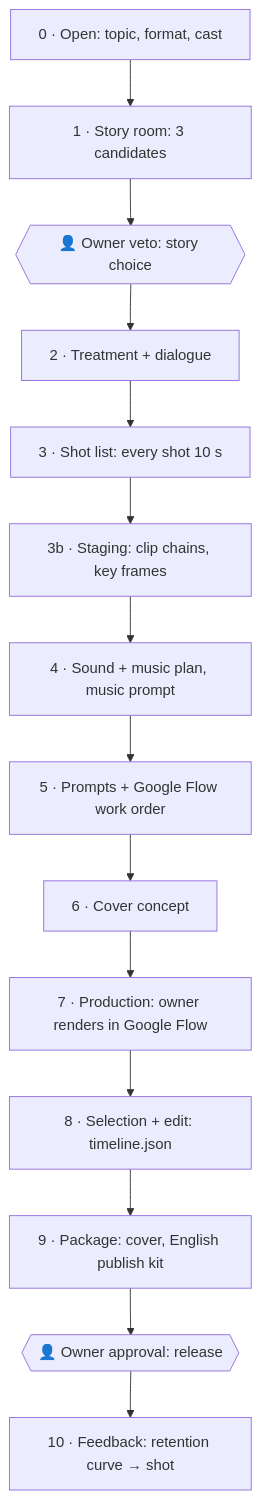
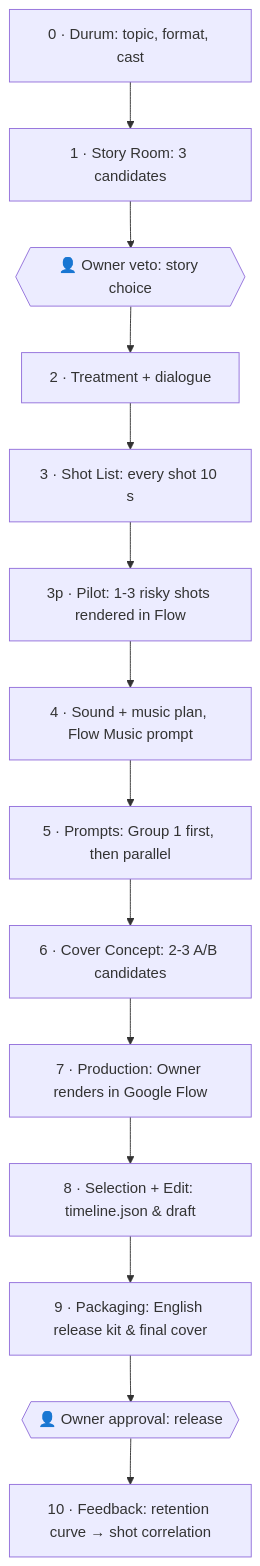
One commit to Burak1320demiroz/film_md changed the first of 4 diagrams in README.md. Above: the diagram before and after it, drawn with Mermaid. The commit also changed other lines of this file and 456 other files, not shown here.

````diff
--- a/README.md
+++ b/README.md
@@ -135,16 +180,16 @@
 ```mermaid
 flowchart TD
-    F0["0 · Open: topic, format, cast"] --> F1["1 · Story room: 3 candidates"]
+    F0["0 · Durum: topic, format, cast"] --> F1["1 · Story Room: 3 candidates"]
     F1 --> V1{{"👤 Owner veto: story choice"}}
     V1 --> F2["2 · Treatment + dialogue"]
-    F2 --> F3["3 · Shot list: every shot 10 s"]
-    F3 --> F3b["3b · Staging: clip chains, key frames"]
-    F3b --> F4["4 · Sound + music plan, music prompt"]
-    F4 --> F5["5 · Prompts + Google Flow work order"]
-    F5 --> F6["6 · Cover concept"]
-    F6 --> F7["7 · Production: owner renders in Google Flow"]
-    F7 --> F8["8 · Selection + edit: timeline.json"]
-    F8 --> F9["9 · Package: cover, English publish kit"]
+    F2 --> F3["3 · Shot List: every shot 10 s"]
+    F3 --> F3p["3p · Pilot: 1-3 risky shots rendered in Flow"]
+    F3p --> F4["4 · Sound + music plan, Flow Music prompt"]
+    F4 --> F5["5 · Prompts: Group 1 first, then parallel"]
+    F5 --> F6["6 · Cover Concept: 2-3 A/B candidates"]
+    F6 --> F7["7 · Production: Owner renders in Google Flow"]
+    F7 --> F8["8 · Selection + Edit: timeline.json & draft"]
+    F8 --> F9["9 · Packaging: English release kit & final cover"]
     F9 --> V2{{"👤 Owner approval: release"}}
-    V2 --> F10["10 · Feedback: retention curve → shot"]
+    V2 --> F10["10 · Feedback: retention curve → shot correlation"]
 ```
````
